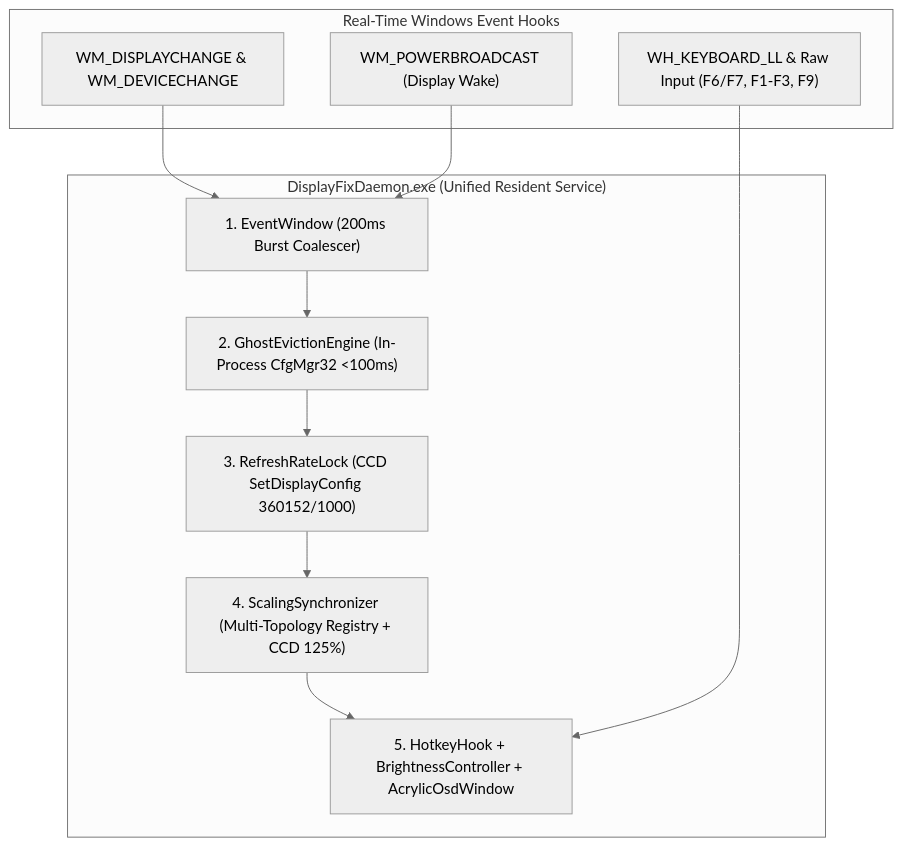
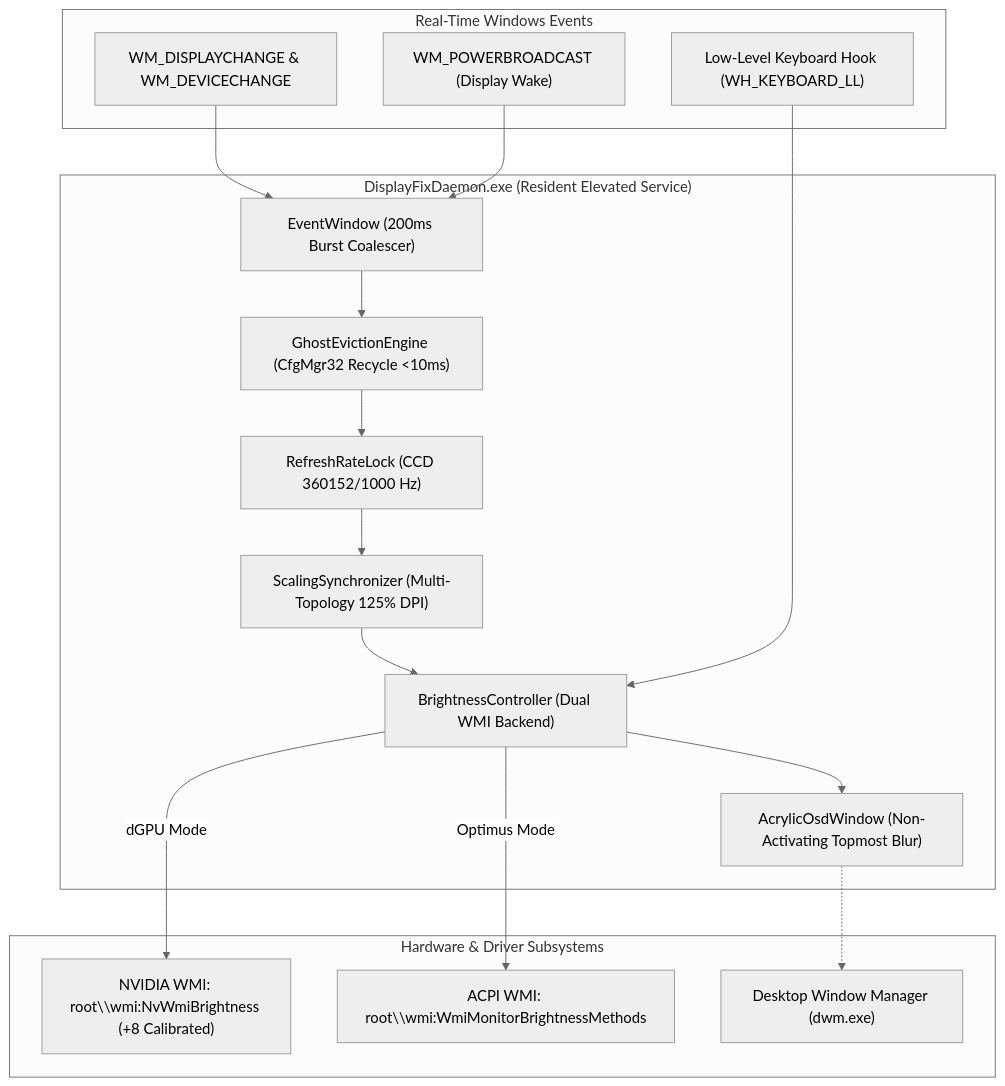
One commit to morshedmilton/dell-g15-displayfix changed the diagram in README.md. Above: the diagram before and after it, drawn with Mermaid (neutral theme). The commit also changed other lines of this file, not shown here.

````diff
--- a/README.md
+++ b/README.md
@@ -47,21 +149,33 @@
 ```mermaid
 flowchart TD
-    subgraph Events["Real-Time Windows Event Hooks"]
+    subgraph WindowsEvents["Real-Time Windows Events"]
         E1["WM_DISPLAYCHANGE & WM_DEVICECHANGE"]
         E2["WM_POWERBROADCAST (Display Wake)"]
-        E3["WH_KEYBOARD_LL & Raw Input (F6/F7, F1-F3, F9)"]
+        E3["Low-Level Keyboard Hook (WH_KEYBOARD_LL)"]
     end
 
-    subgraph Daemon["DisplayFixDaemon.exe (Unified Resident Service)"]
-        EW["1. EventWindow (200ms Burst Coalescer)"]
-        GE["2. GhostEvictionEngine (In-Process CfgMgr32 <100ms)"]
-        RR["3. RefreshRateLock (CCD SetDisplayConfig 360152/1000)"]
-        SS["4. ScalingSynchronizer (Multi-Topology Registry + CCD 125%)"]
-        BH["5. HotkeyHook + BrightnessController + AcrylicOsdWindow"]
+    subgraph Daemon["DisplayFixDaemon.exe (Resident Elevated Service)"]
+        EW["EventWindow (200ms Burst Coalescer)"]
+        GE["GhostEvictionEngine (CfgMgr32 Recycle <10ms)"]
+        RR["RefreshRateLock (CCD 360152/1000 Hz)"]
+        SS["ScalingSynchronizer (Multi-Topology 125% DPI)"]
+        BC["BrightnessController (Dual WMI Backend)"]
+        OSD["AcrylicOsdWindow (Non-Activating Topmost Blur)"]
+    end
+
+    subgraph Hardware["Hardware & Driver Subsystems"]
+        NV["NVIDIA WMI: root\\wmi:NvWmiBrightness (+8 Calibrated)"]
+        INT["ACPI WMI: root\\wmi:WmiMonitorBrightnessMethods"]
+        DWM["Desktop Window Manager (dwm.exe)"]
     end
 
     E1 --> EW
     E2 --> EW
-    EW --> GE --> RR --> SS --> BH
-    E3 --> BH
+    EW --> GE --> RR --> SS --> BC
+    E3 --> BC
+
+    BC -->|dGPU Mode| NV
+    BC -->|Optimus Mode| INT
+    BC --> OSD
+    OSD -.-> DWM
 ```
````
